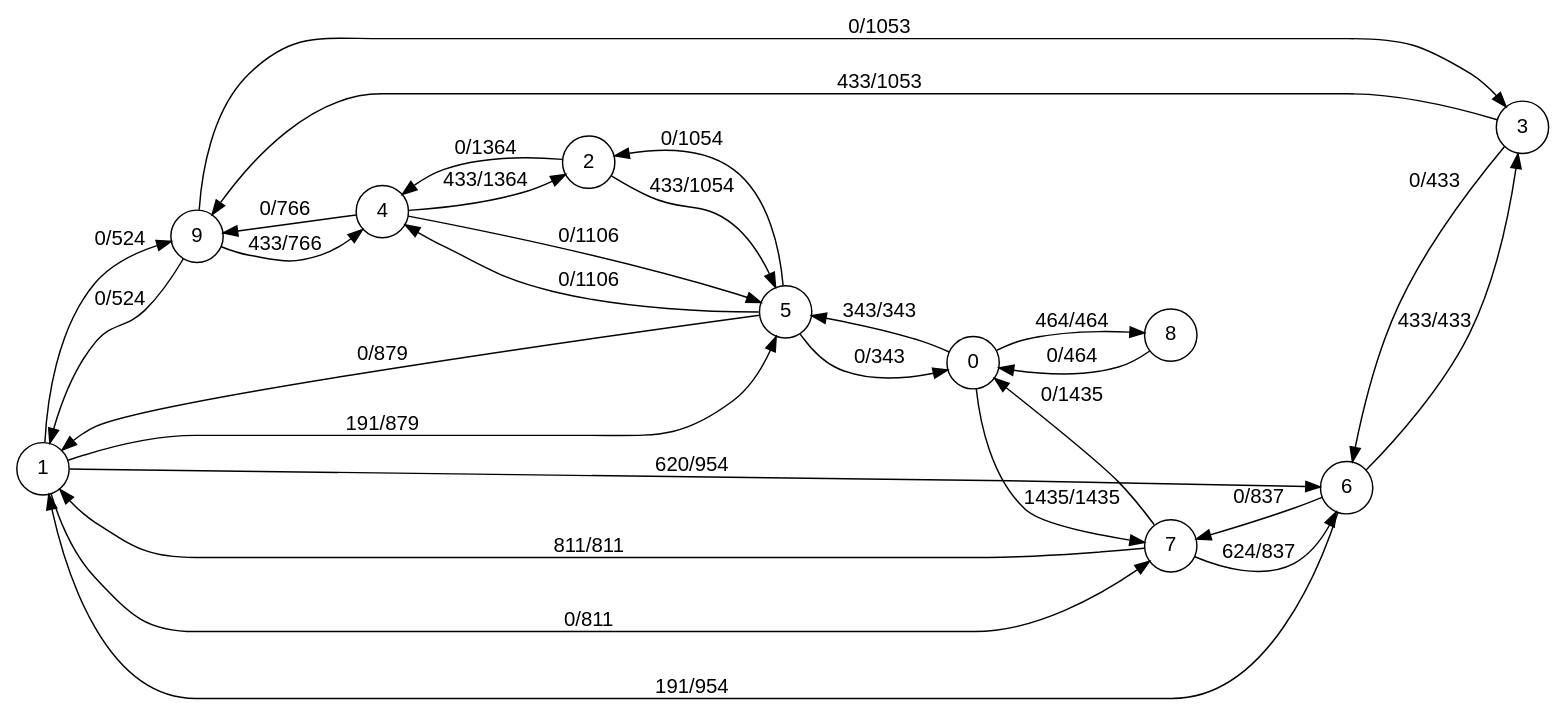
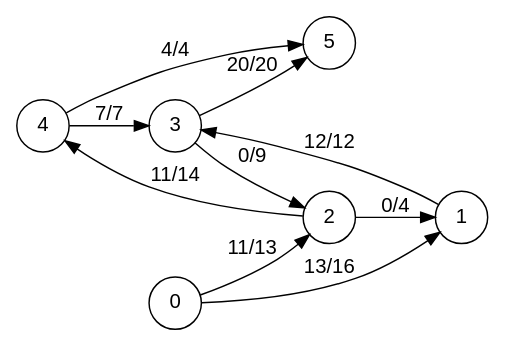
Before and after one commit to mateobwe/ocaml-maxflow-project: the diagram in solution.dot, drawn with Graphviz. The commit also changed 5 other files, not shown here.

```diff
--- a/solution.dot
+++ b/solution.dot
@@ -1,35 +1,16 @@
 digraph finite_state_machine {
   fontname="Helvetica,Arial,sans-serif"
   node [fontname="Helvetica,Arial,sans-serif"]
   edge [fontname="Helvetica,Arial,sans-serif"]
   rankdir=LR;
   node [shape = circle];
-  1 -> 9 [ label = "0/524" ];
-  1 -> 7 [ label = "0/811" ];
-  1 -> 5 [ label = "191/879" ];
-  1 -> 6 [ label = "620/954" ];
-  9 -> 1 [ label = "0/524" ];
-  9 -> 3 [ label = "0/1053" ];
-  9 -> 4 [ label = "433/766" ];
-  3 -> 9 [ label = "433/1053" ];
-  3 -> 6 [ label = "0/433" ];
-  4 -> 9 [ label = "0/766" ];
-  4 -> 5 [ label = "0/1106" ];
-  4 -> 2 [ label = "433/1364" ];
-  7 -> 6 [ label = "624/837" ];
-  7 -> 0 [ label = "0/1435" ];
-  7 -> 1 [ label = "811/811" ];
-  6 -> 7 [ label = "0/837" ];
-  6 -> 3 [ label = "433/433" ];
-  6 -> 1 [ label = "191/954" ];
-  0 -> 7 [ label = "1435/1435" ];
-  0 -> 8 [ label = "464/464" ];
-  0 -> 5 [ label = "343/343" ];
-  8 -> 0 [ label = "0/464" ];
-  5 -> 4 [ label = "0/1106" ];
-  5 -> 2 [ label = "0/1054" ];
-  5 -> 1 [ label = "0/879" ];
-  5 -> 0 [ label = "0/343" ];
-  2 -> 4 [ label = "0/1364" ];
-  2 -> 5 [ label = "433/1054" ];
+  4 -> 5 [ label = "4/4" ];
+  4 -> 3 [ label = "7/7" ];
+  3 -> 5 [ label = "20/20" ];
+  3 -> 2 [ label = "0/9" ];
+  2 -> 4 [ label = "11/14" ];
+  2 -> 1 [ label = "0/4" ];
+  1 -> 3 [ label = "12/12" ];
+  0 -> 2 [ label = "11/13" ];
+  0 -> 1 [ label = "13/16" ];
 }
```
